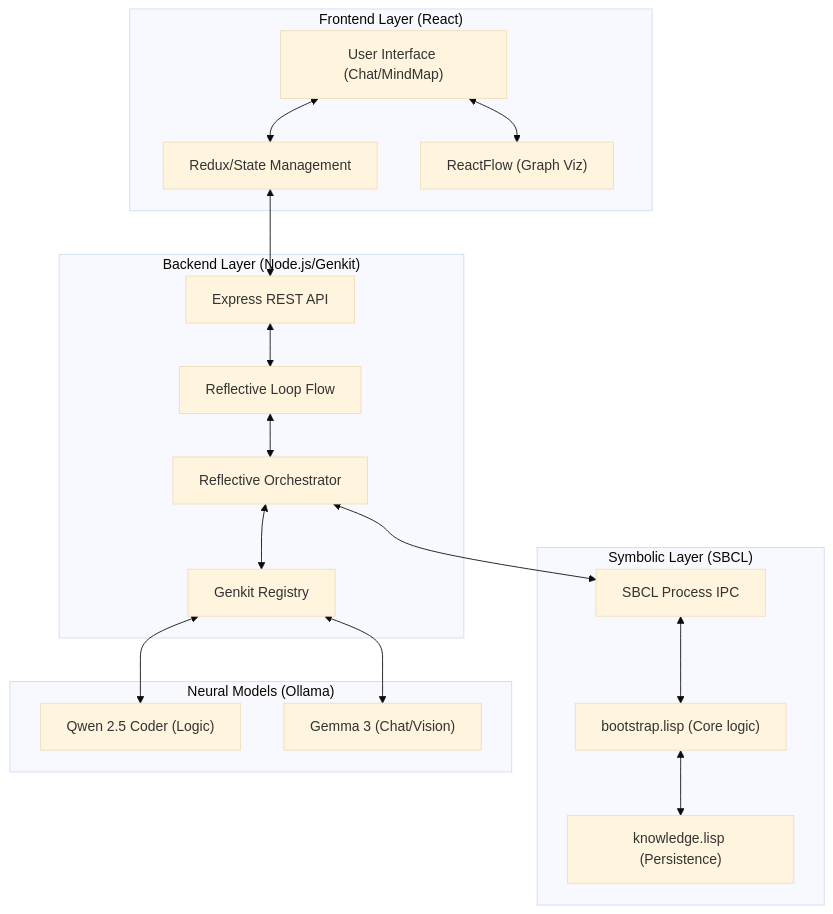
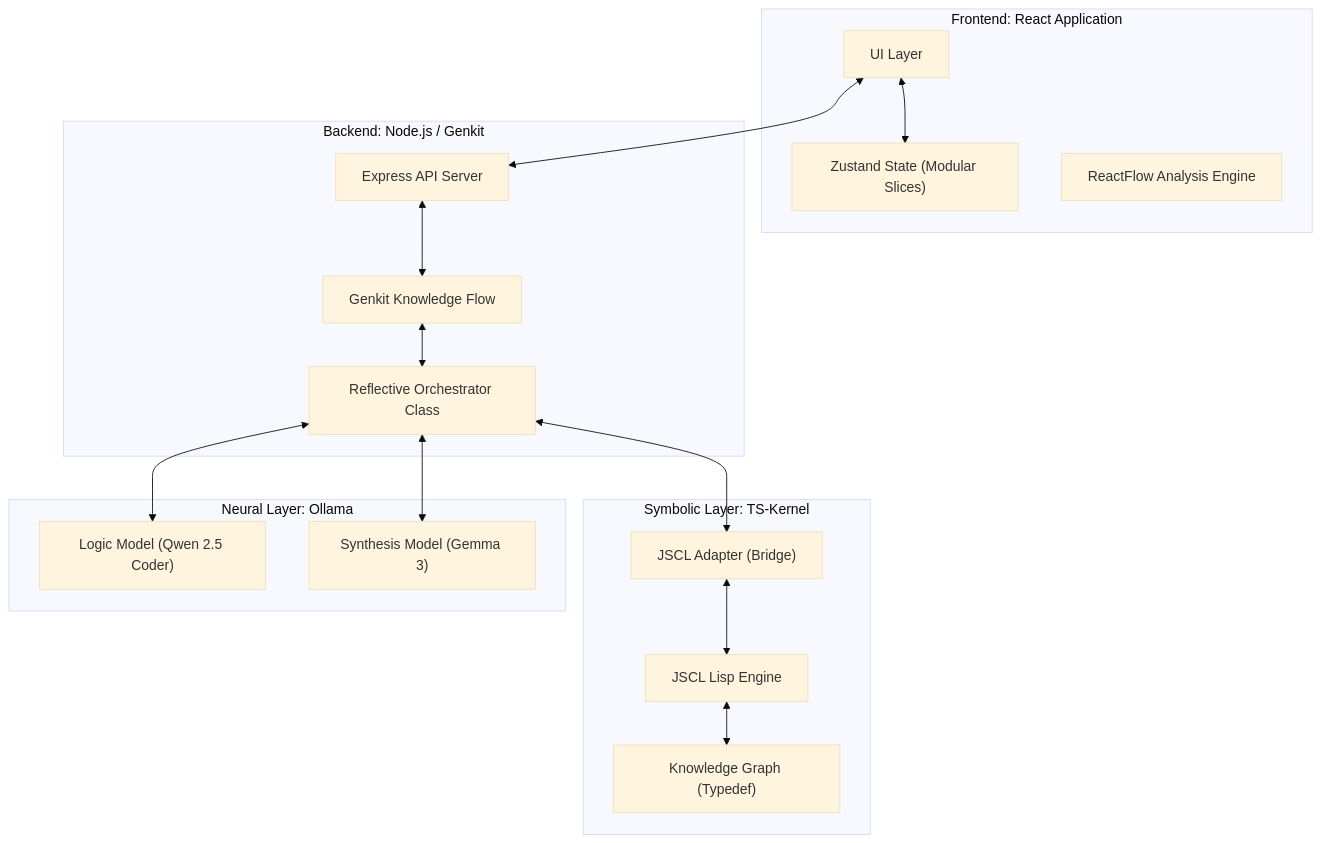
One commit to spock74/dialectical-symbolic-ai changed the second of 5 diagrams in README_V02.md. Above: the diagram before and after it, drawn with Mermaid (base theme). The commit also changed other lines of this file and 2 other files, not shown here.

````diff
--- a/README_V02.md
+++ b/README_V02.md
@@ -21,41 +42,36 @@
 ```mermaid
 graph TB
-    subgraph "Frontend Layer (React)"
-        UI["User Interface (Chat/MindMap)"]
-        STORE["Redux/State Management"]
-        RF["ReactFlow (Graph Viz)"]
-        UI <--> STORE
-        UI <--> RF
+    subgraph "Frontend: React Application"
+        UI["UI Layer"]
+        ZST["Zustand State (Modular Slices)"]
+        RF["ReactFlow Analysis Engine"]
     end
 
-    subgraph "Backend Layer (Node.js/Genkit)"
-        API["Express REST API"]
-        ORCH["Reflective Orchestrator"]
-        FLOW["Reflective Loop Flow"]
-        GENKIT["Genkit Registry"]
-        
-        API <--> FLOW
-        FLOW <--> ORCH
-        ORCH <--> GENKIT
+    subgraph "Backend: Node.js / Genkit"
+        API["Express API Server"]
+        RO["Reflective Orchestrator Class"]
+        FLOW["Genkit Knowledge Flow"]
     end
 
-    subgraph "Symbolic Layer (SBCL)"
-        KERNEL["SBCL Process IPC"]
-        BOOT["bootstrap.lisp (Core logic)"]
-        KG["knowledge.lisp (Persistence)"]
-        
-        KERNEL <--> BOOT
-        BOOT <--> KG
+    subgraph "Symbolic Layer: TS-Kernel"
+        AD["JSCL Adapter (Bridge)"]
+        ENG["JSCL Lisp Engine"]
+        KG["Knowledge Graph (Typedef)"]
     end
 
-    subgraph "Neural Models (Ollama)"
-        QWEN["Qwen 2.5 Coder (Logic)"]
-        GEMMA["Gemma 3 (Chat/Vision)"]
+    subgraph "Neural Layer: Ollama"
+        LOGIC["Logic Model (Qwen 2.5 Coder)"]
+        CHAT["Synthesis Model (Gemma 3)"]
     end
 
-    %% Key Connections
-    ORCH <--> KERNEL
-    GENKIT <--> QWEN
-    GENKIT <--> GEMMA
-    STORE <--> API
+    %% Interactions
+    UI <--> ZST
+    UI <--> API
+    API <--> FLOW
+    FLOW <--> RO
+    RO <--> AD
+    AD <--> ENG
+    ENG <--> KG
+    RO <--> LOGIC
+    RO <--> CHAT
 ```
````
